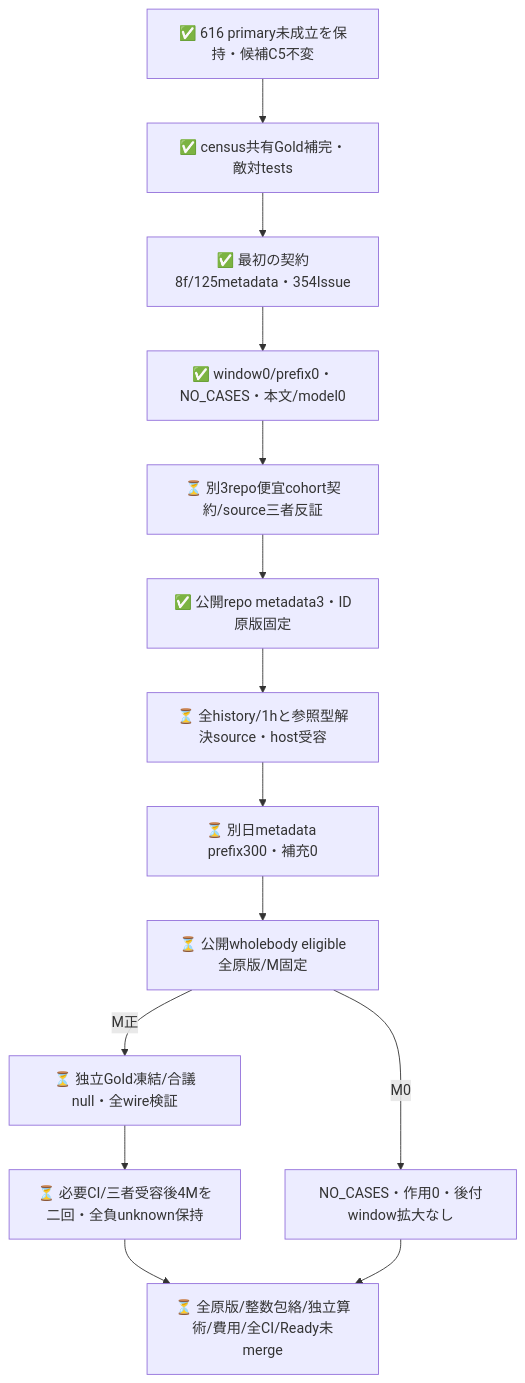
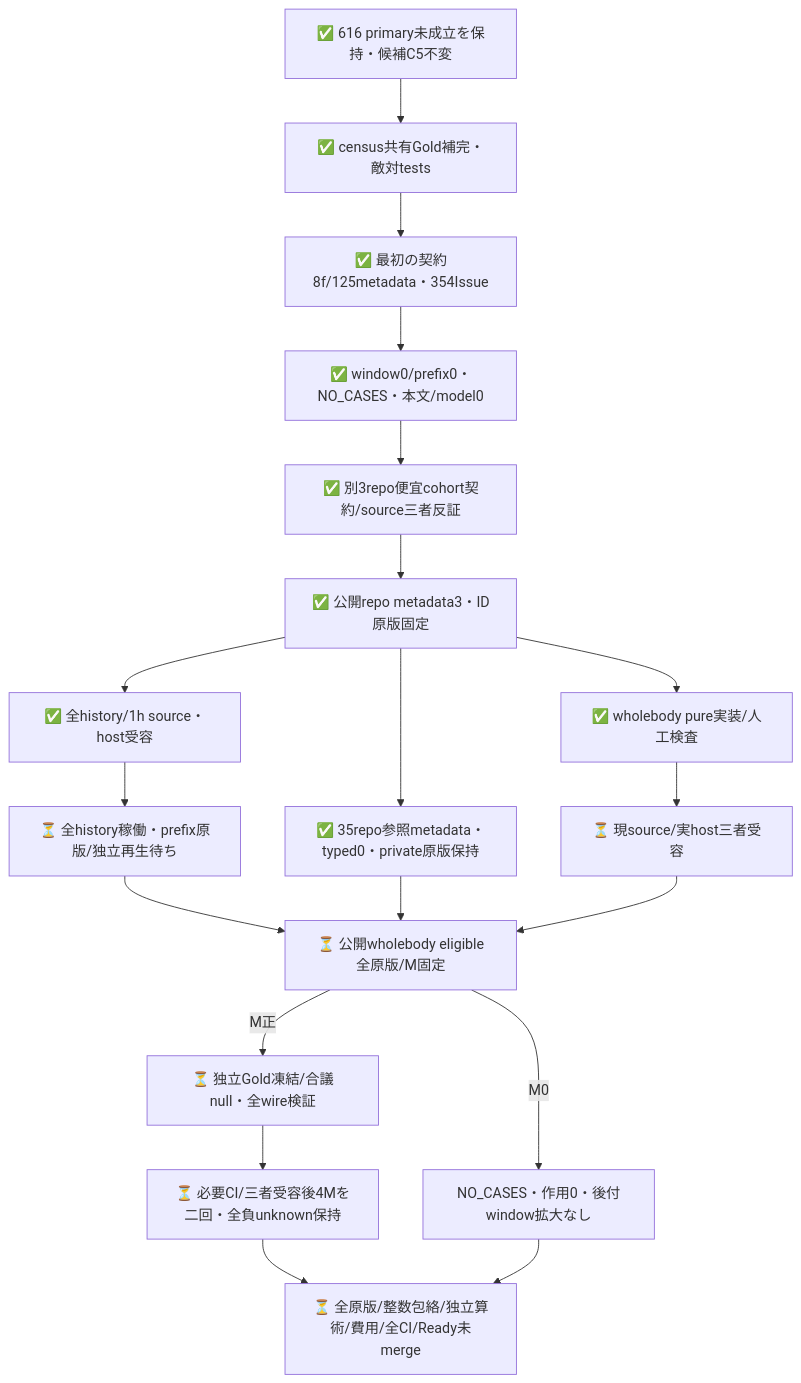
The second of 2 diagrams in experiments/sys1-eval-loop/census/README.md (roccho-org/ops), drawn with Mermaid before and after one commit. The commit also changed other lines of this file and 3 other files, not shown here.

````diff
--- a/experiments/sys1-eval-loop/census/README.md
+++ b/experiments/sys1-eval-loop/census/README.md
@@ -67,16 +69,21 @@
 ```mermaid
 flowchart TB
   OLD[✅ 616 primary未成立を保持・候補C5不変] --> MATH[✅ census共有Gold補完・敵対tests]
   MATH --> FIRST[✅ 最初の契約8f/125metadata・354Issue]
   FIRST --> ZERO[✅ window0/prefix0・NO_CASES・本文/model0]
-  ZERO --> REVIEW[⏳ 別3repo便宜cohort契約/source三者反証]
+  ZERO --> REVIEW[✅ 別3repo便宜cohort契約/source三者反証]
   REVIEW --> SCOPE[✅ 公開repo metadata3・ID原版固定]
-  SCOPE --> ADMIT[⏳ 全history/1hと参照型解決source・host受容]
-  ADMIT --> META[⏳ 別日metadata prefix300・補充0]
+  SCOPE --> ADMIT[✅ 全history/1h source・host受容]
+  ADMIT --> META[⏳ 全history稼働・prefix原版/独立再生待ち]
+  SCOPE --> PRIOR[✅ 35repo参照metadata・typed0・private原版保持]
+  SCOPE --> BODY[✅ wholebody pure実装/人工検査]
+  BODY --> BODYREVIEW[⏳ 現source/実host三者受容]
   META --> FRAME[⏳ 公開wholebody eligible全原版/M固定]
+  PRIOR --> FRAME
+  BODYREVIEW --> FRAME
   FRAME -->|M0| EMPTY[NO_CASES・作用0・後付window拡大なし]
   FRAME -->|M正| GOLD[⏳ 独立Gold凍結/合議null・全wire検証]
   GOLD --> EFFECT[⏳ 必要CI/三者受容後4Mを二回・全負unknown保持]
   EFFECT --> END[⏳ 全原版/整数包絡/独立算術/費用/全CI/Ready未merge]
   EMPTY --> END
 ```
````
